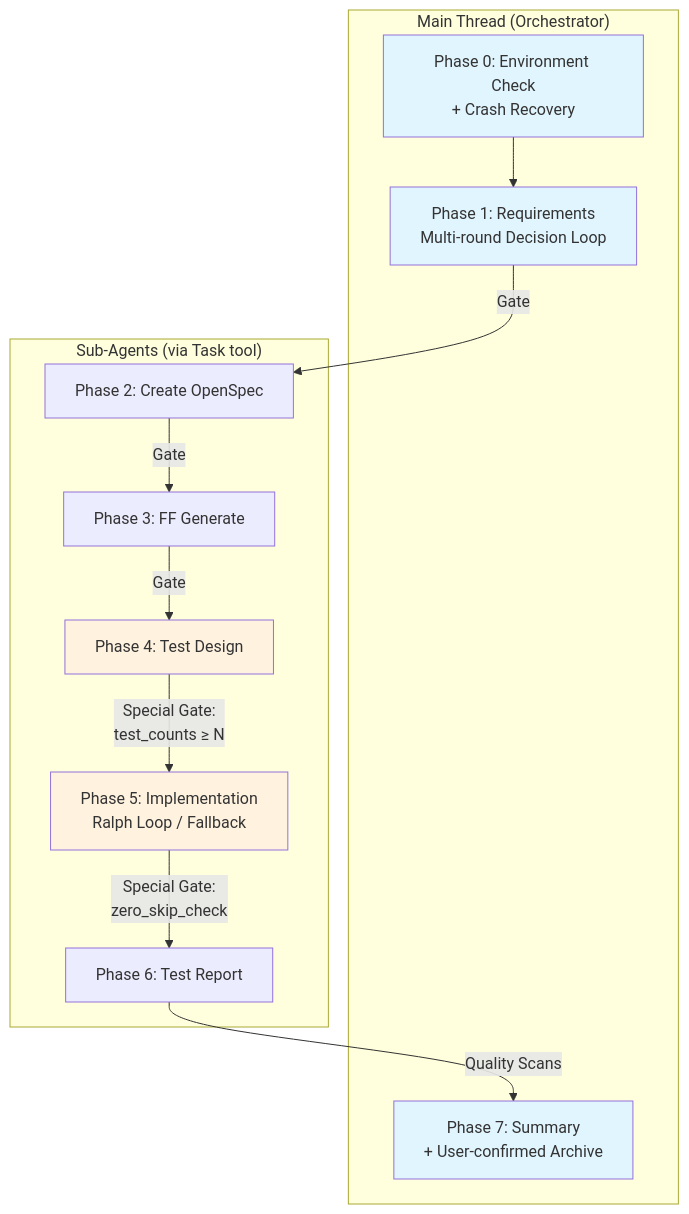
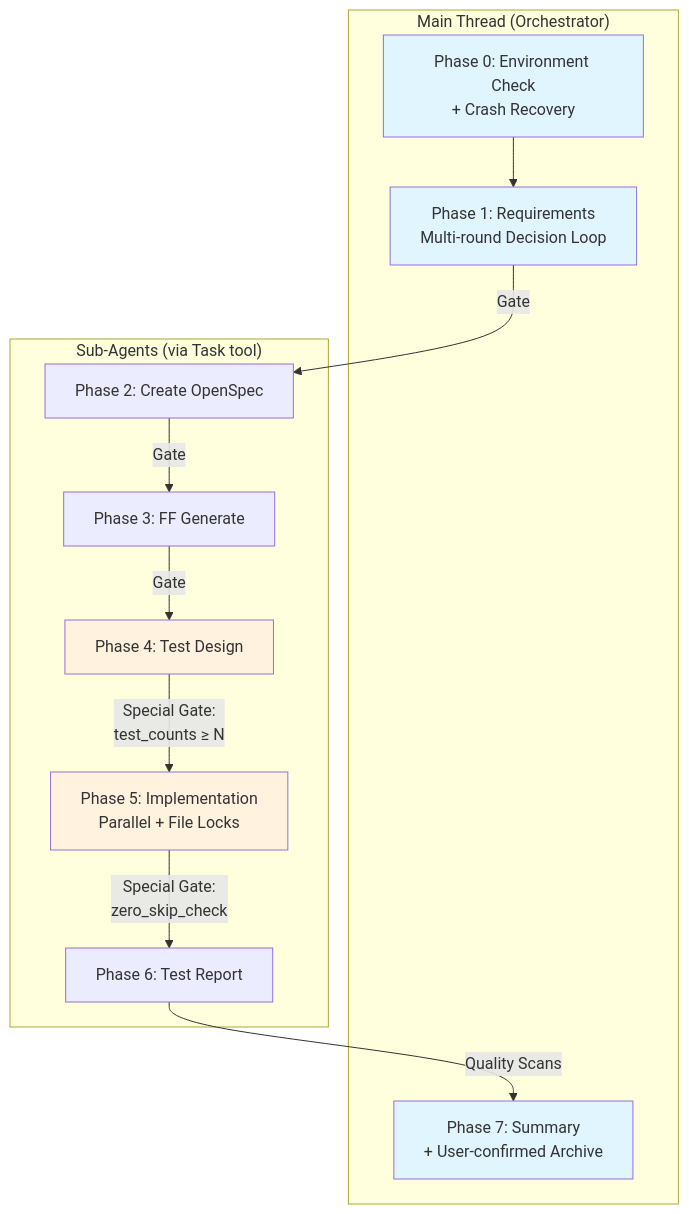
One commit to lorainwings/claude-autopilot changed the first of 4 diagrams in plugins/spec-autopilot/README.md. Above: the diagram before and after it, drawn with Mermaid. The commit also changed other lines of this file and 10 other files, not shown here.

````diff
--- a/plugins/spec-autopilot/README.md
+++ b/plugins/spec-autopilot/README.md
@@ -25,30 +32,30 @@
 ```mermaid
 graph TB
     subgraph "Main Thread (Orchestrator)"
         P0[Phase 0: Environment Check<br/>+ Crash Recovery]
         P1[Phase 1: Requirements<br/>Multi-round Decision Loop]
         P7[Phase 7: Summary<br/>+ User-confirmed Archive]
     end
 
     subgraph "Sub-Agents (via Task tool)"
         P2[Phase 2: Create OpenSpec]
         P3[Phase 3: FF Generate]
         P4[Phase 4: Test Design]
-        P5[Phase 5: Implementation<br/>Ralph Loop / Fallback]
+        P5[Phase 5: Implementation<br/>Parallel + File Locks]
         P6[Phase 6: Test Report]
     end
 
     P0 --> P1
     P1 -->|Gate| P2
     P2 -->|Gate| P3
     P3 -->|Gate| P4
     P4 -->|Special Gate:<br/>test_counts ≥ N| P5
     P5 -->|Special Gate:<br/>zero_skip_check| P6
     P6 -->|Quality Scans| P7
 
     style P0 fill:#e1f5fe
     style P1 fill:#e1f5fe
     style P7 fill:#e1f5fe
     style P4 fill:#fff3e0
     style P5 fill:#fff3e0
 ```
````
